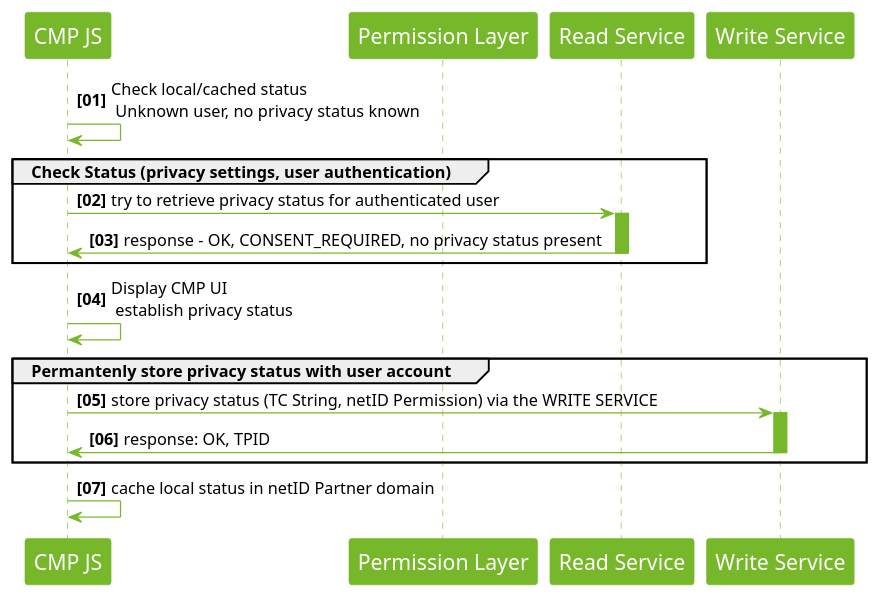
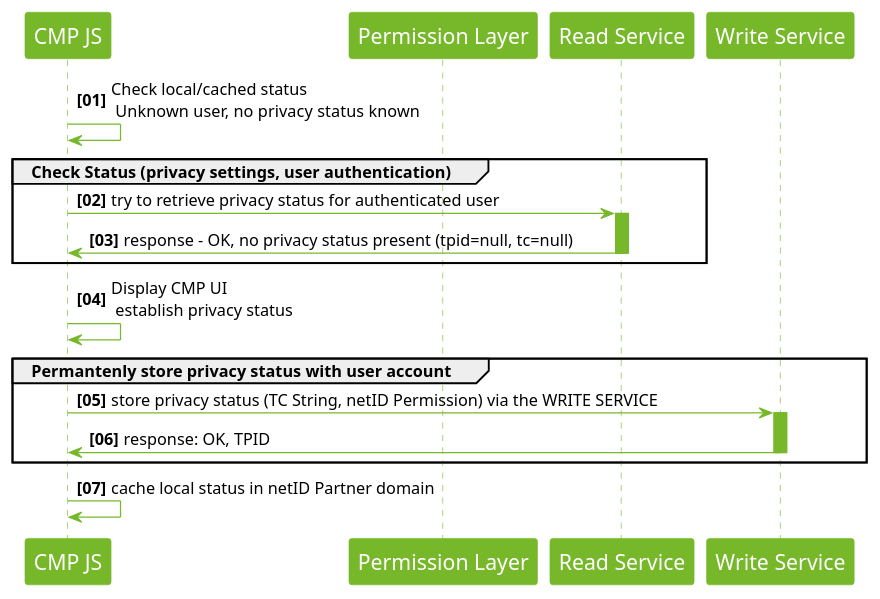
The diagram in docs/diagrams/src/seq_cmp_webapi.puml (eunid/netID-docs), drawn with PlantUML before and after one commit. The commit also changed 1 other file, not shown here.

Commit message:
Fix response (#42)
Response for case without privacy status corrected. CONSENT_REQUIRED is only used in case there is a prior status

```diff
--- a/docs/diagrams/src/seq_cmp_webapi.puml
+++ b/docs/diagrams/src/seq_cmp_webapi.puml
@@ -1,43 +1,43 @@
 @startuml
 
 skinparam sequence {
 	ArrowColor #76b82a
 	ActorBorderColor #76b82a
     ActorBackgroundColor #FFF
 	ActorFontColor #000
     ActorFontName Arial
 	ActorFontSize 17
 
 	LifeLineBorderColor #76b82a
 	LifeLineBackgroundColor #76b82a
 	
 	ParticipantBorderColor #76b82a
 	ParticipantBackgroundColor #76b82a
 	ParticipantFontName Arial
 	ParticipantFontSize 17
 	ParticipantFontColor #FFF
 
 }
 
 autonumber "<b>[00]"
 participant  "CMP JS" as cmp
 participant  "Permission Layer" as pl
 participant  "Read Service" as rs
 participant  "Write Service" as ws
 
 cmp -> cmp :  Check local/cached status \n Unknown user, no privacy status known
  group Check Status (privacy settings, user authentication)
     cmp -> rs : try to retrieve privacy status for authenticated user
     activate rs
-    rs -> cmp : response - OK, CONSENT_REQUIRED, no privacy status present
+    rs -> cmp : response - OK, no privacy status present (tpid=null, tc=null)
     deactivate rs
     end
 cmp -> cmp : Display CMP UI \n establish privacy status
 Group Permantenly store privacy status with user account
 cmp -> ws : store privacy status (TC String, netID Permission) via the WRITE SERVICE
 activate ws
 ws -> cmp : response: OK, TPID 
 deactivate ws
 end
 cmp -> cmp : cache local status in netID Partner domain
 @enduml
```
